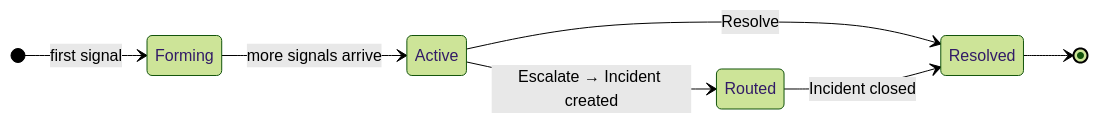
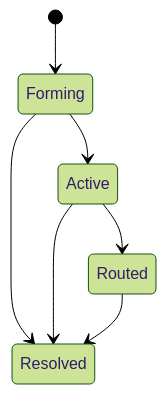
One commit to nhat-tranvan/docs changed the diagram in guide/pulse/clusters.mdx. Above: the diagram before and after it, drawn with Mermaid (forest theme). The commit also changed other lines of this file and 36 other files, not shown here.

````diff
--- a/guide/pulse/clusters.mdx
+++ b/guide/pulse/clusters.mdx
@@ -72,10 +11,9 @@
 ```mermaid
 stateDiagram-v2
-    direction LR
-    [*] --> Forming : first signal
-    Forming --> Active : more signals arrive
-    Active --> Routed : Escalate → Incident created
-    Active --> Resolved : Resolve
-    Routed --> Resolved : Incident closed
-    Resolved --> [*]
+    [*] --> Forming
+    Forming --> Active
+    Active --> Routed
+    Forming --> Resolved
+    Active --> Resolved
+    Routed --> Resolved
 ```
````
